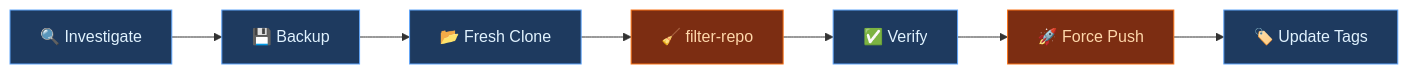
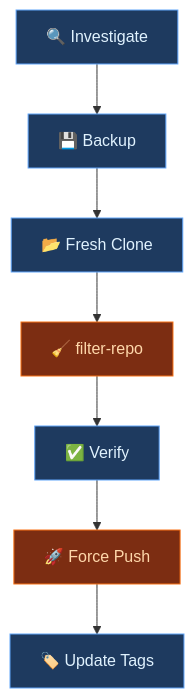
The diagram in content/blog/2026/git-filter-repo-clean-history/index.md (khadirullah/khadirullah.com), drawn with Mermaid before and after one commit.

Commit message:
blog: update workflow diagram to read top to bottom (git-filter-repo-clean-history)
- The seven steps sat in one row, so the labels showed under 4px tall on a 390px phone and about 7px on desktop
- Stack the steps top to bottom so the labels show at 16px on every screen

```diff
--- a/content/blog/2026/git-filter-repo-clean-history/index.md
+++ b/content/blog/2026/git-filter-repo-clean-history/index.md
@@ -139,17 +139,17 @@
 {{< mermaid >}}
-flowchart LR
+flowchart TB
     A["🔍 Investigate"] --> B["💾 Backup"]
     B --> C["📂 Fresh Clone"]
     C --> D["🧹 filter-repo"]
     D --> E["✅ Verify"]
     E --> F["🚀 Force Push"]
     F --> G["🏷️ Update Tags"]
 
     style A fill:#1e3a5f,stroke:#60a5fa,color:#e0f2fe
     style B fill:#1e3a5f,stroke:#60a5fa,color:#e0f2fe
     style C fill:#1e3a5f,stroke:#60a5fa,color:#e0f2fe
     style D fill:#7c2d12,stroke:#f97316,color:#fed7aa
     style E fill:#1e3a5f,stroke:#60a5fa,color:#e0f2fe
     style F fill:#7c2d12,stroke:#f97316,color:#fed7aa
     style G fill:#1e3a5f,stroke:#60a5fa,color:#e0f2fe
 {{< /mermaid >}}
```
